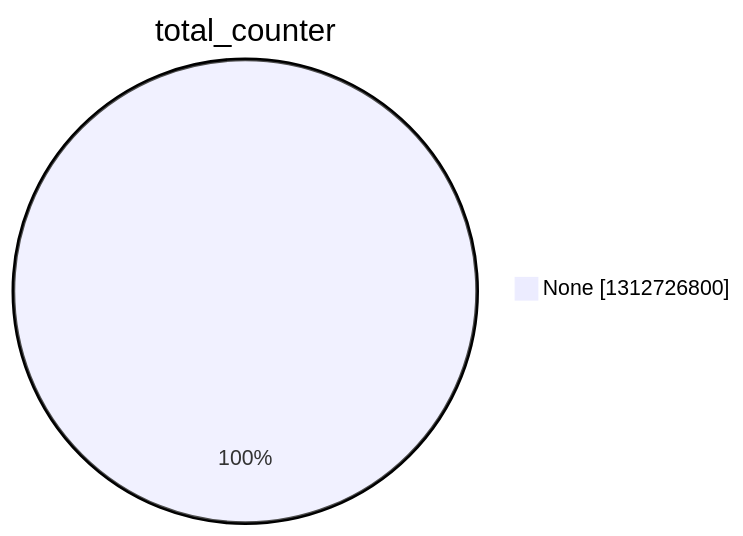
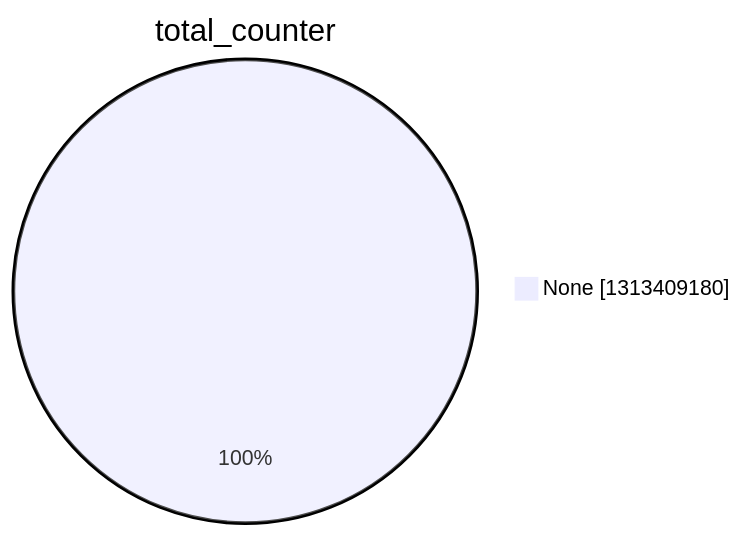
The second of 15 diagrams in argon2022/README.md (christiankrug/ctmonitor_visualization), drawn with Mermaid before and after one commit. The commit also changed other lines of this file, not shown here.

````diff
--- a/argon2022/README.md
+++ b/argon2022/README.md
@@ -9,5 +9,5 @@
 ```mermaid
 pie showData
 title total_counter
-"None" :1312726800
+"None" :1313409180
 ```
````
